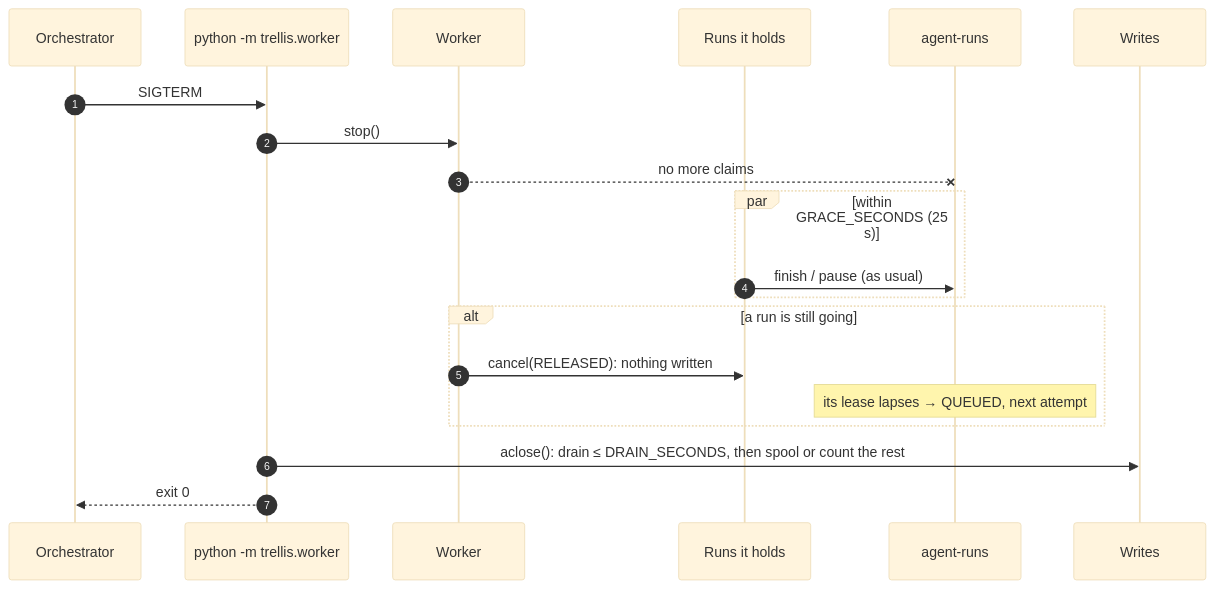
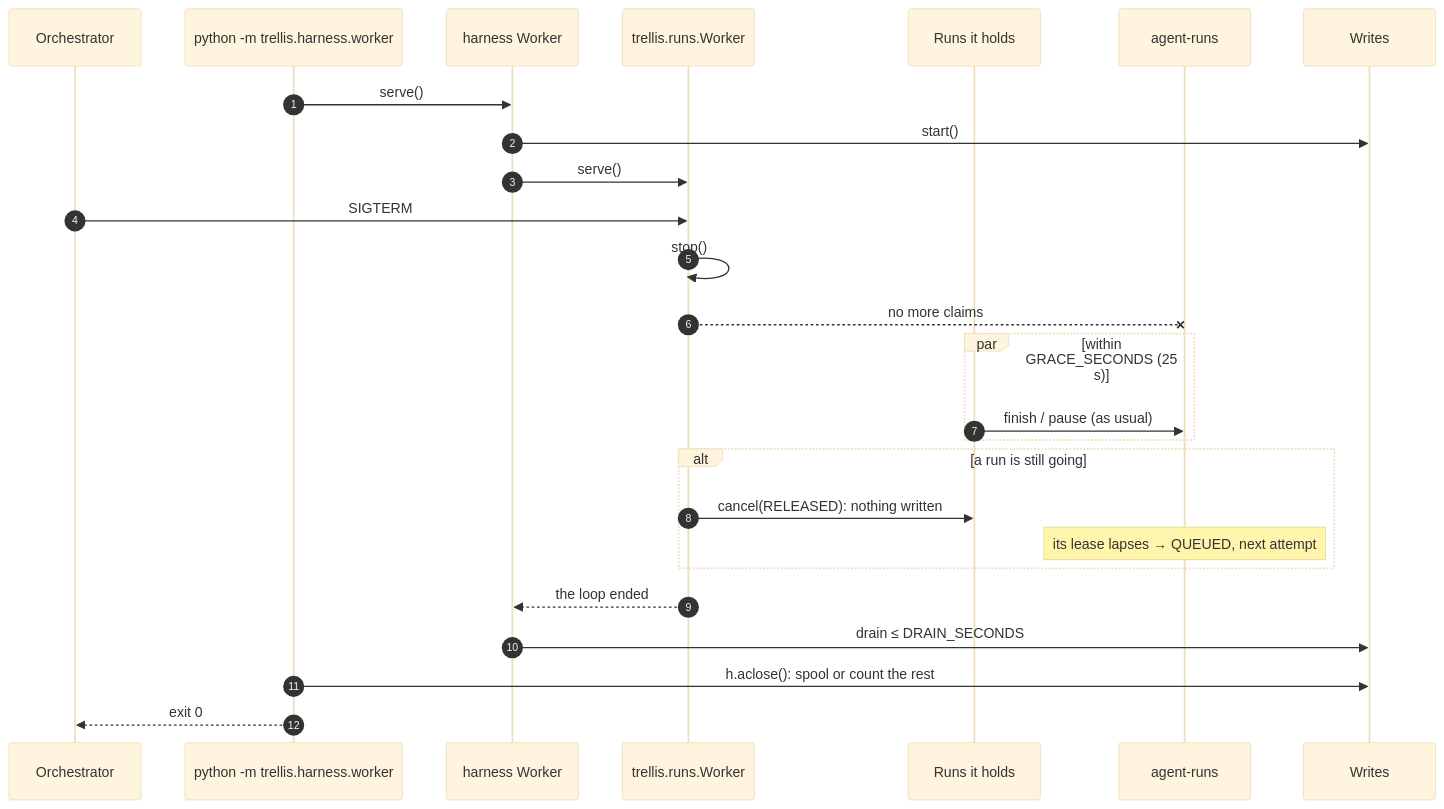
Before and after one commit to amitmohapatra/agent-harness: diagram 11 of 11 in ARCHITECTURE.md, drawn with Mermaid (base theme). The commit also changed other lines of this file and 138 other files, not shown here.

````diff
--- a/ARCHITECTURE.md
+++ b/ARCHITECTURE.md
@@ -504,22 +605,28 @@
 ```mermaid
 sequenceDiagram
   autonumber
   participant OS as Orchestrator
-  participant CLI as python -m trellis.worker
-  participant Wk as Worker
+  participant CLI as python -m trellis.harness.worker
+  participant HW as harness Worker
+  participant Wk as trellis.runs.Worker
   participant R as Runs it holds
   participant AR as agent-runs
   participant W as Writes
-  OS->>CLI: SIGTERM
-  CLI->>Wk: stop()
+  CLI->>HW: serve()
+  HW->>W: start()
+  HW->>Wk: serve()
+  OS->>Wk: SIGTERM
+  Wk->>Wk: stop()
   Wk--xAR: no more claims
   par within GRACE_SECONDS (25 s)
     R->>AR: finish / pause (as usual)
   end
   alt a run is still going
     Wk->>R: cancel(RELEASED): nothing written
     Note over AR: its lease lapses → QUEUED, next attempt
   end
-  CLI->>W: aclose(): drain ≤ DRAIN_SECONDS, then spool or count the rest
+  Wk-->>HW: the loop ended
+  HW->>W: drain ≤ DRAIN_SECONDS
+  CLI->>W: h.aclose(): spool or count the rest
   CLI-->>OS: exit 0
 ```
````
